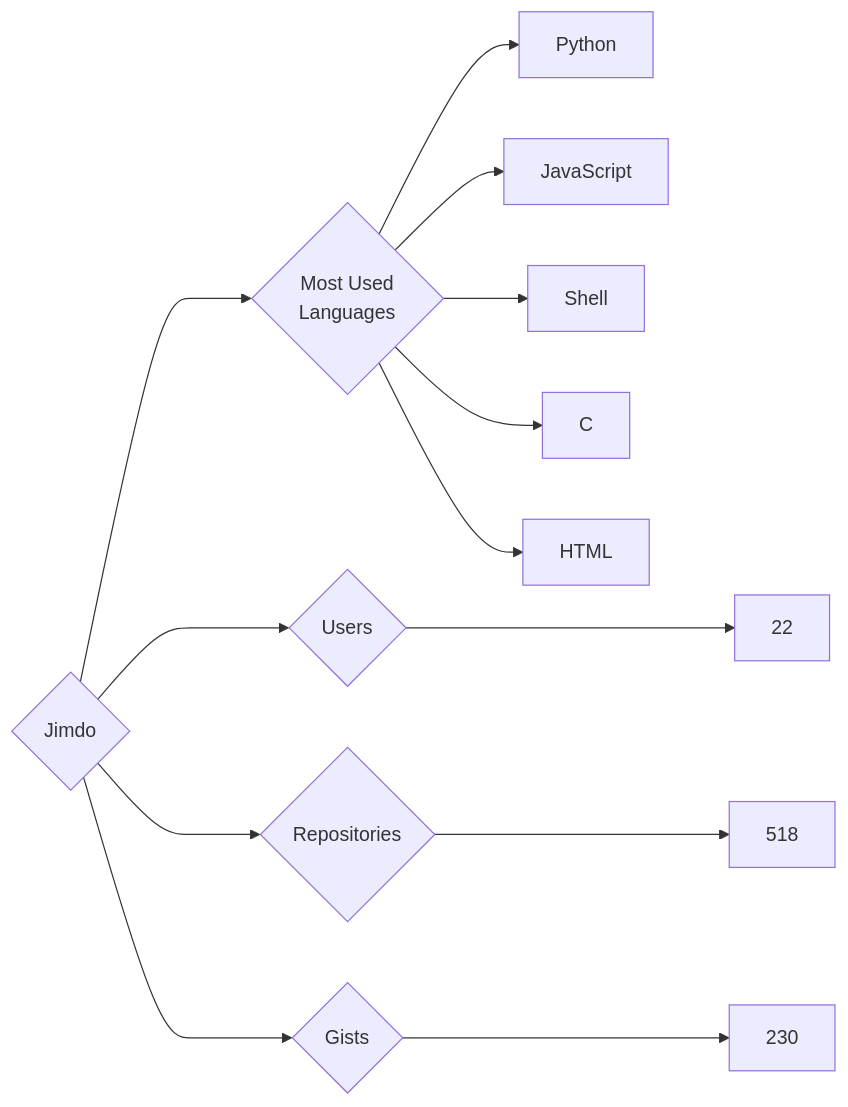
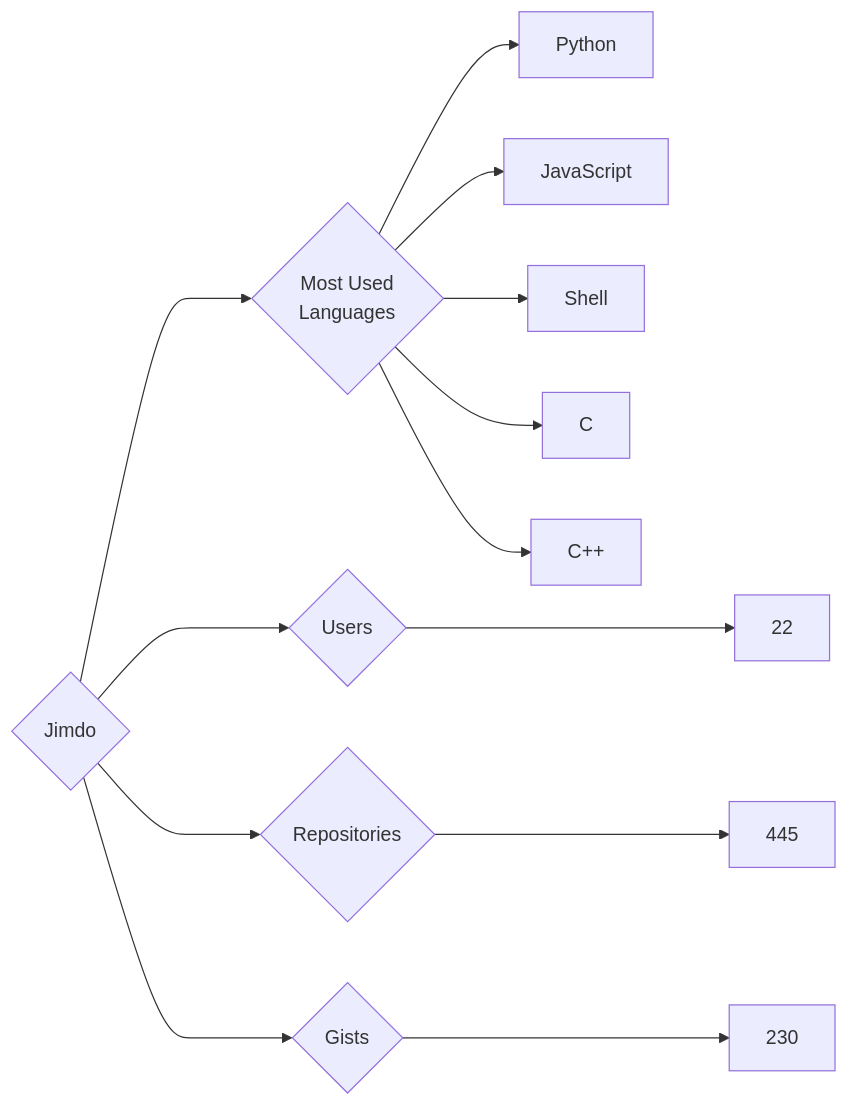
Before and after one commit to trickest/insiders: the diagram in targets/Jimdo/README.md, drawn with Mermaid. The commit also changed 874 other files, not shown here.

````diff
--- a/targets/Jimdo/README.md
+++ b/targets/Jimdo/README.md
@@ -3,13 +3,13 @@
 ```mermaid
 graph LR
 COMPANY_NAME{Jimdo}
 COMPANY_NAME ---> U{Users} ---> UN[22]
-COMPANY_NAME ---> R{Repositories} ---> RN[518]
+COMPANY_NAME ---> R{Repositories} ---> RN[445]
 COMPANY_NAME ---> G{Gists} ---> GN[230]
 COMPANY_NAME ---> ML{Most Used<br>Languages}
 ML --> Python[Python]
 ML --> JavaScript[JavaScript]
 ML --> Shell[Shell]
 ML --> C[C]
-ML --> HTML[HTML]
+ML --> C++[C++]
 ```
````
